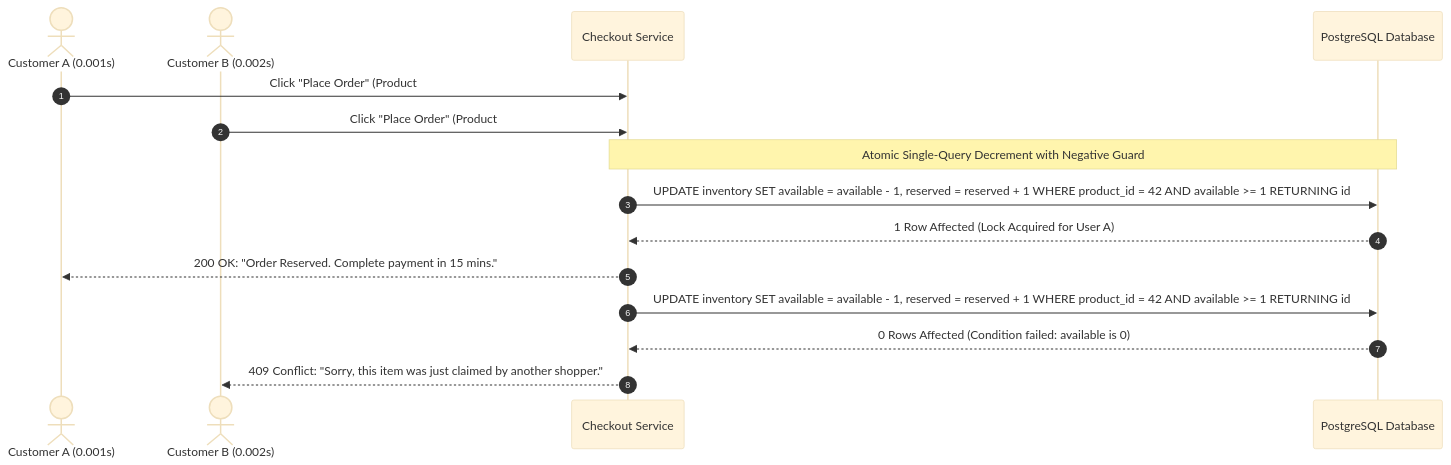
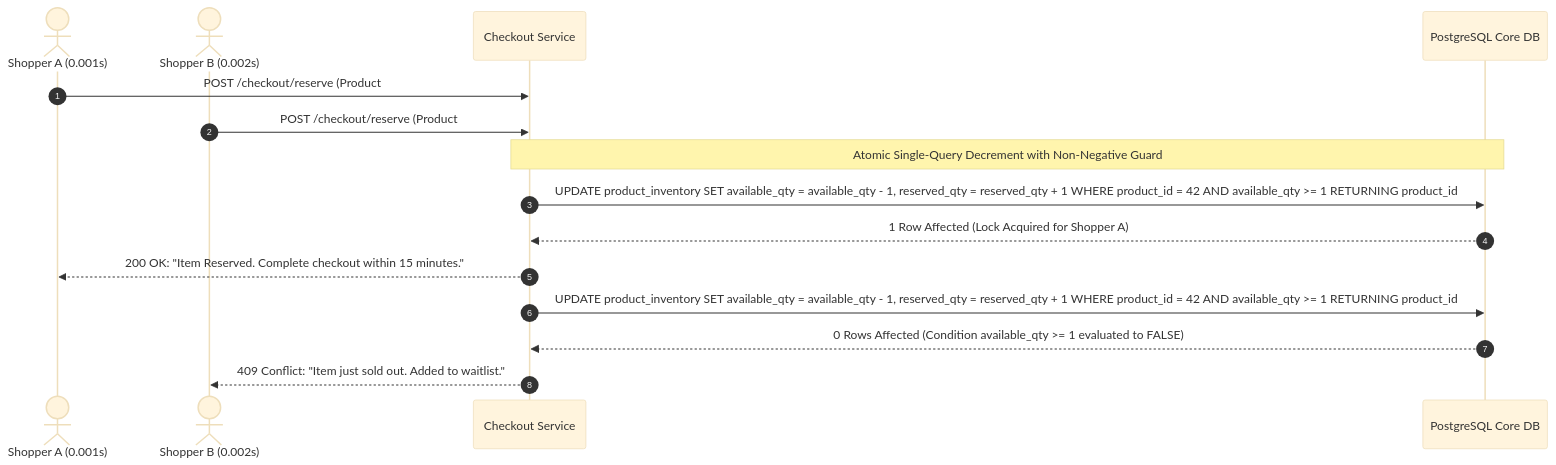
The diagram in 06-edge-cases-and-anti-failure/02-inventory-concurrency-and-race-conditions.md (reviveproject4-source/OpenBSA), drawn with Mermaid (base theme) before and after one commit. The commit also changed other lines of this file and 18 other files, not shown here.

````diff
--- a/06-edge-cases-and-anti-failure/02-inventory-concurrency-and-race-conditions.md
+++ b/06-edge-cases-and-anti-failure/02-inventory-concurrency-and-race-conditions.md
@@ -41,20 +29,20 @@
 ```mermaid
 sequenceDiagram
     autonumber
-    actor UserA as Customer A (0.001s)
-    actor UserB as Customer B (0.002s)
+    actor UserA as Shopper A (0.001s)
+    actor UserB as Shopper B (0.002s)
     participant API as Checkout Service
-    participant DB as PostgreSQL Database
+    participant DB as PostgreSQL Core DB
 
-    UserA->>API: Click "Place Order" (Product #42)
-    UserB->>API: Click "Place Order" (Product #42)
+    UserA->>API: POST /checkout/reserve (Product #42, Qty: 1)
+    UserB->>API: POST /checkout/reserve (Product #42, Qty: 1)
 
-    Note over API,DB: Atomic Single-Query Decrement with Negative Guard
-    API->>DB: UPDATE inventory SET available = available - 1, reserved = reserved + 1 WHERE product_id = 42 AND available >= 1 RETURNING id;
-    DB-->>API: 1 Row Affected (Lock Acquired for User A)
-    API-->>UserA: 200 OK: "Order Reserved. Complete payment in 15 mins."
+    Note over API,DB: Atomic Single-Query Decrement with Non-Negative Guard
+    API->>DB: UPDATE product_inventory SET available_qty = available_qty - 1, reserved_qty = reserved_qty + 1 WHERE product_id = 42 AND available_qty >= 1 RETURNING product_id;
+    DB-->>API: 1 Row Affected (Lock Acquired for Shopper A)
+    API-->>UserA: 200 OK: "Item Reserved. Complete checkout within 15 minutes."
 
-    API->>DB: UPDATE inventory SET available = available - 1, reserved = reserved + 1 WHERE product_id = 42 AND available >= 1 RETURNING id;
-    DB-->>API: 0 Rows Affected (Condition failed: available is 0)
-    API-->>UserB: 409 Conflict: "Sorry, this item was just claimed by another shopper."
+    API->>DB: UPDATE product_inventory SET available_qty = available_qty - 1, reserved_qty = reserved_qty + 1 WHERE product_id = 42 AND available_qty >= 1 RETURNING product_id;
+    DB-->>API: 0 Rows Affected (Condition available_qty >= 1 evaluated to FALSE)
+    API-->>UserB: 409 Conflict: "Item just sold out. Added to waitlist."
 ```
````
